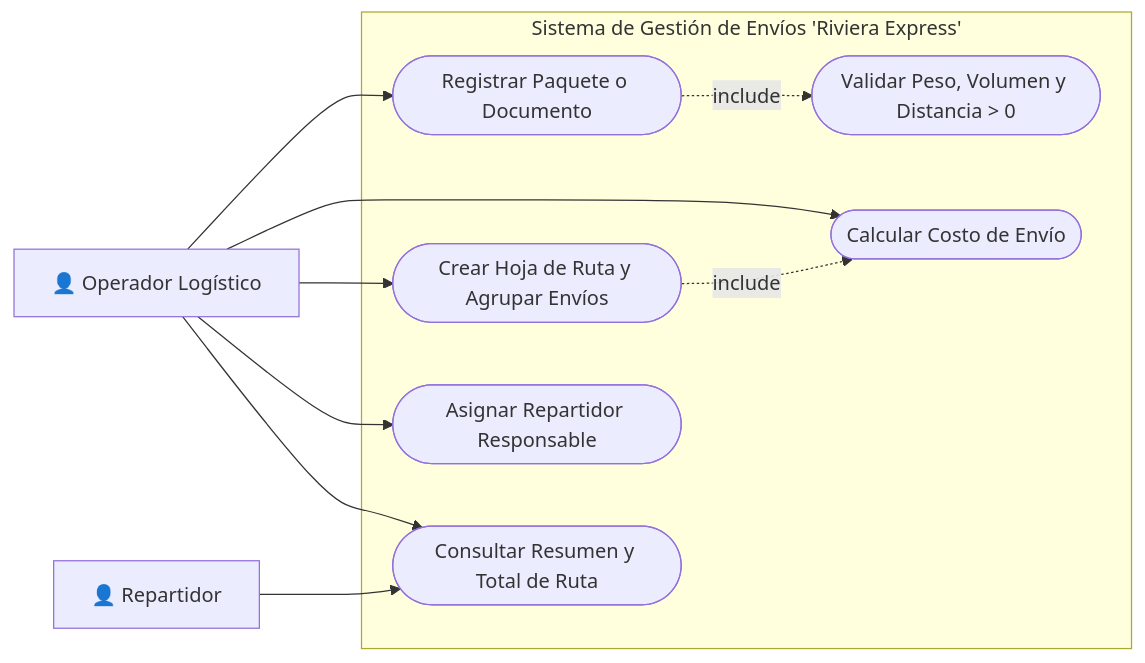
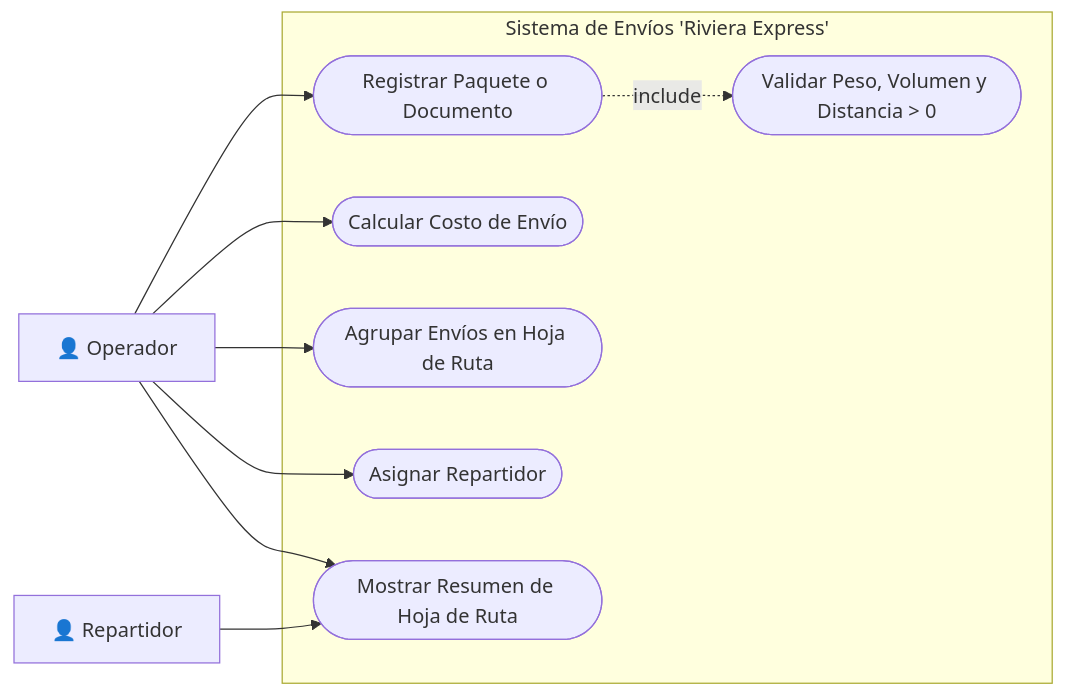
One commit to A-Catzin/DESARROLLO-Y-PROGRAMACI-N-ORIENTADO-A-OBJETOS-27-1 changed the first of 2 diagrams in proyecto/documentos/Analisis_y_Diseno_Riviera_Express.md. Above: the diagram before and after it, drawn with Mermaid. The commit also changed other lines of this file and 10 other files, not shown here.

````diff
--- a/proyecto/documentos/Analisis_y_Diseno_Riviera_Express.md
+++ b/proyecto/documentos/Analisis_y_Diseno_Riviera_Express.md
@@ -25,24 +25,23 @@
 ```mermaid
 flowchart LR
-    Operador["👤 Operador Logístico"]
+    Operador["👤 Operador"]
     RepartidorActor["👤 Repartidor"]
 
-    subgraph Sistema["Sistema de Gestión de Envíos 'Riviera Express'"]
+    subgraph Sistema["Sistema de Envíos 'Riviera Express'"]
         UC1(["Registrar Paquete o Documento"])
         UC2(["Validar Peso, Volumen y Distancia > 0"])
         UC3(["Calcular Costo de Envío"])
-        UC4(["Crear Hoja de Ruta y Agrupar Envíos"])
-        UC5(["Asignar Repartidor Responsable"])
-        UC6(["Consultar Resumen y Total de Ruta"])
+        UC4(["Agrupar Envíos en Hoja de Ruta"])
+        UC5(["Asignar Repartidor"])
+        UC6(["Mostrar Resumen de Hoja de Ruta"])
     end
 
     Operador --> UC1
     Operador --> UC3
     Operador --> UC4
     Operador --> UC5
     Operador --> UC6
     RepartidorActor --> UC6
 
     UC1 -. "include" .-> UC2
-    UC4 -. "include" .-> UC3
 ```
````
